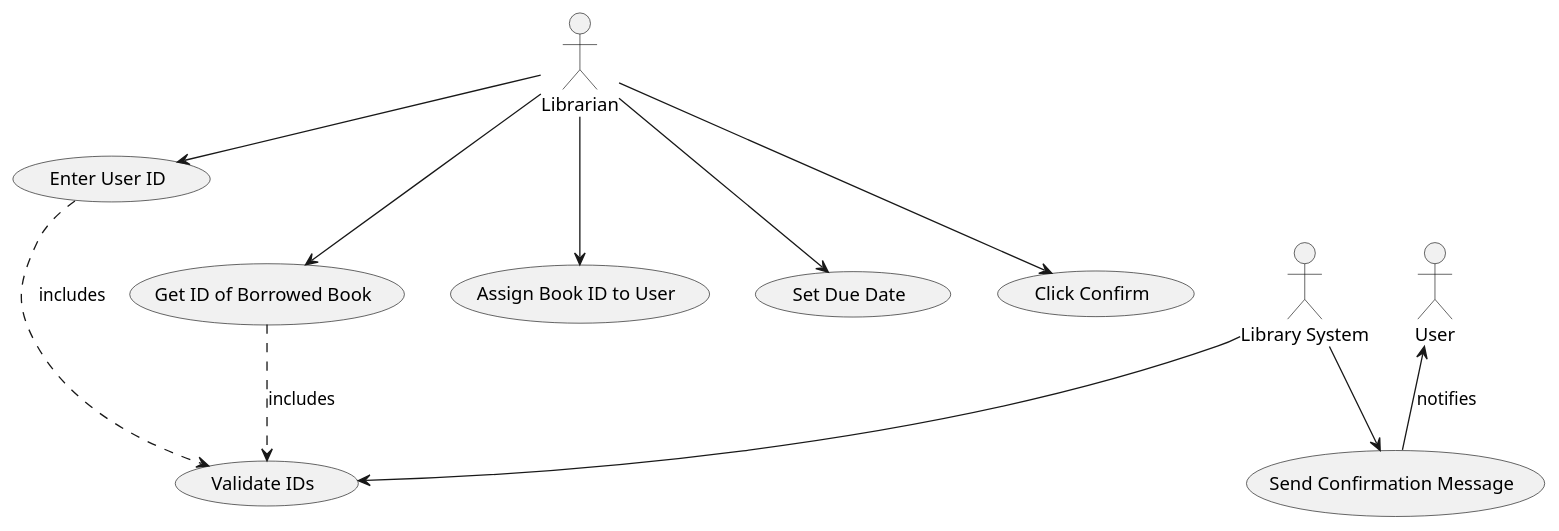
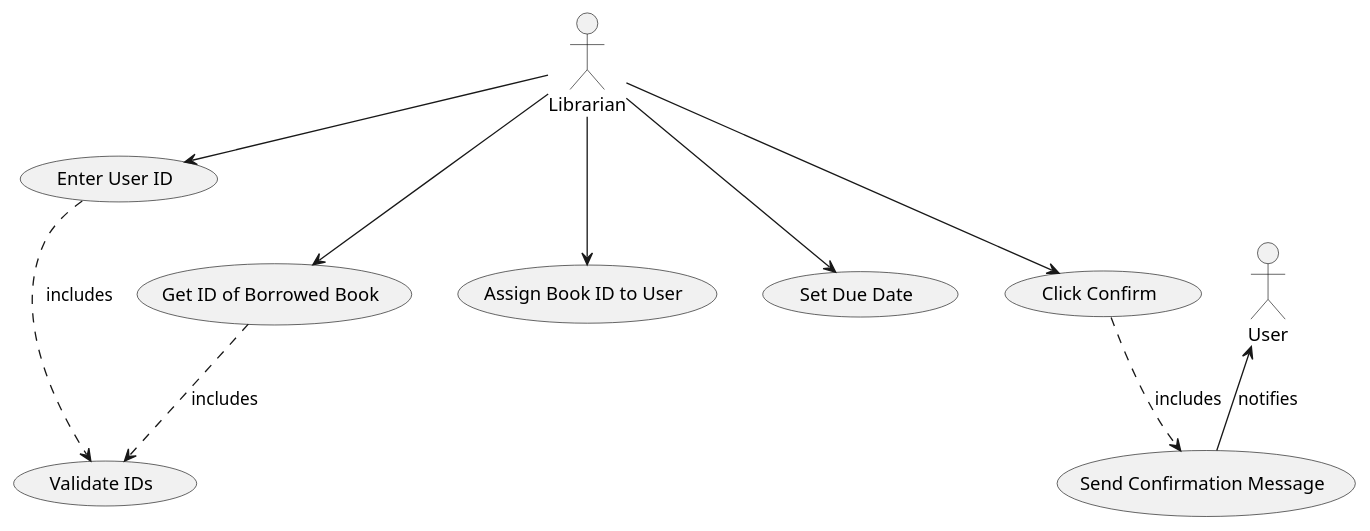
The diagram in diagrams/Assign Borrowed Book.puml (SalmaAzeem/library-system), drawn with PlantUML before and after one commit. The commit also changed 2 other files, not shown here.

Commit message:
modify the use cases to remove system

```diff
--- a/diagrams/Assign Borrowed Book.puml
+++ b/diagrams/Assign Borrowed Book.puml
@@ -1,29 +1,27 @@
 @startuml
 actor :Librarian: as lib
 actor :User:
-actor :Library System: as ls
 
 (Enter User ID) as enterID
 (Get ID of Borrowed Book) as borrow
 (Validate IDs) as validate
 (Assign Book ID to User) as assign
 (Set Due Date) as setDue
 (Click Confirm) as confirm
 (Send Confirmation Message) as confirmMsg
 
 lib -> enterID
 
 enterID ..> validate : includes
 
 lib --> borrow
 
 borrow ..> validate : includes
 
-ls --> validate
+
 lib --> assign
 lib --> setDue
 lib --> confirm
-
-ls --> confirmMsg
+confirm ..> confirmMsg :includes
 User <-- confirmMsg : notifies
 @enduml
```
